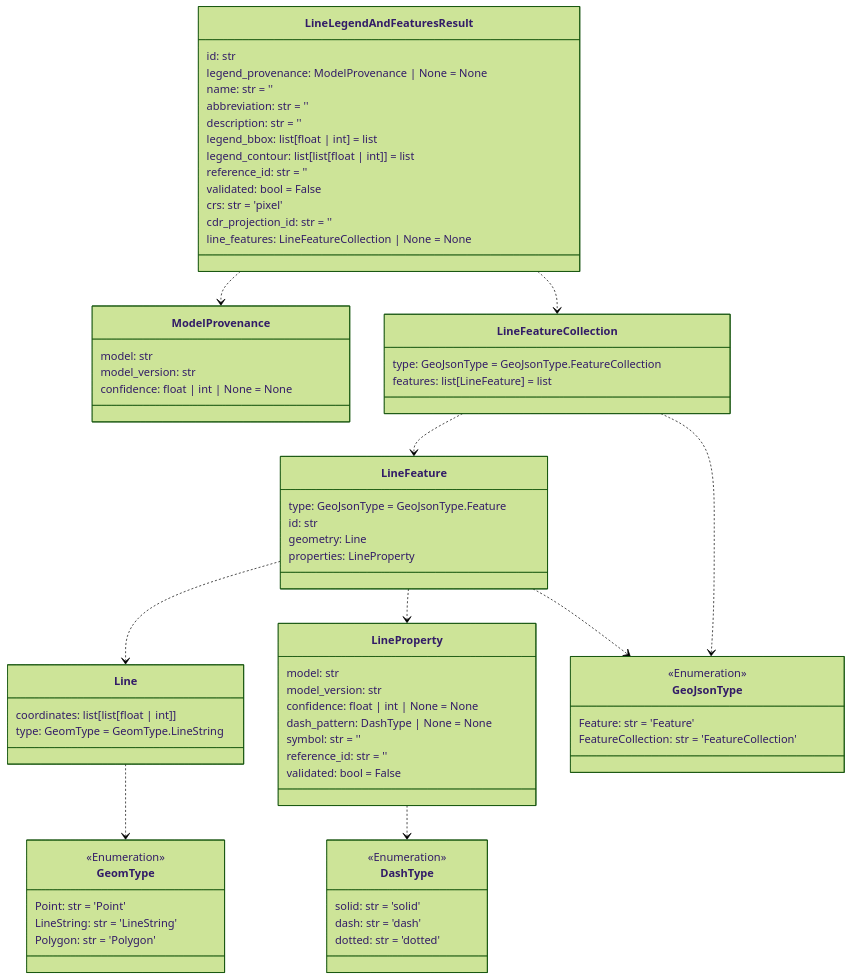
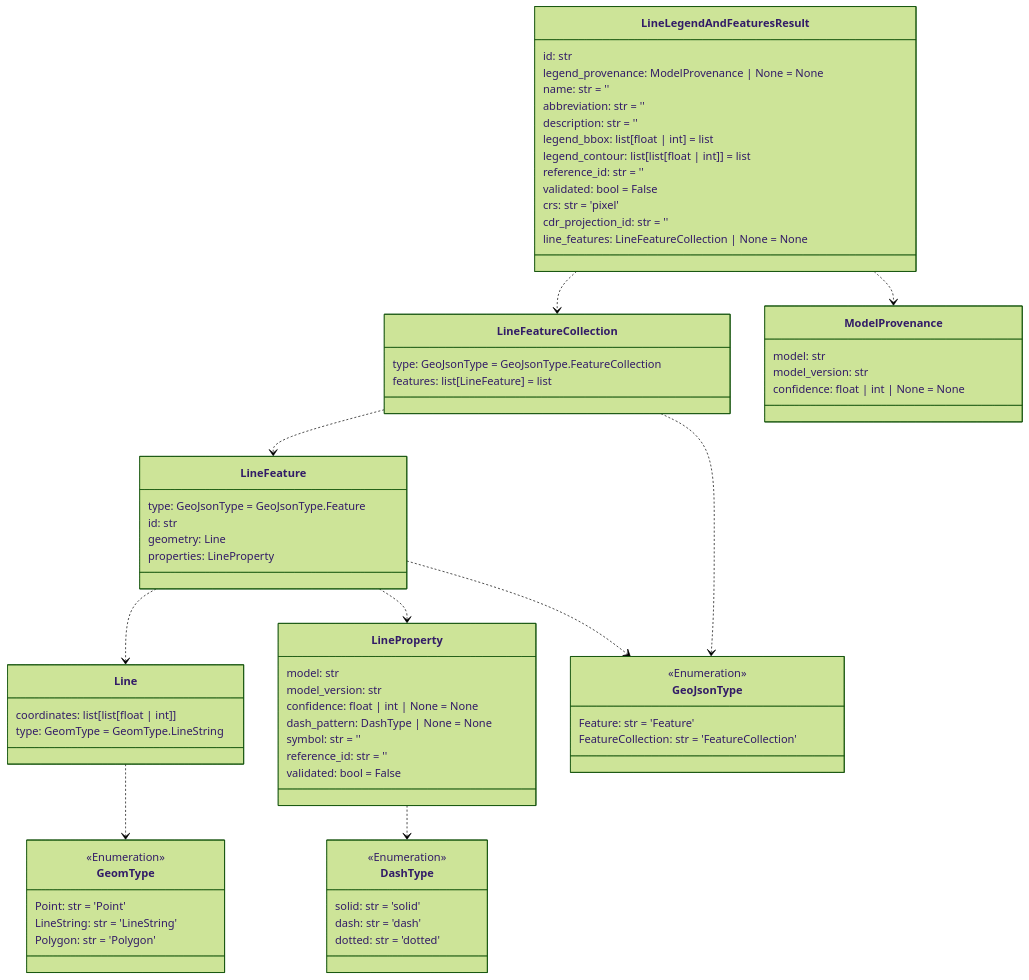
The sixth of 14 diagrams in README.md (DARPA-CRITICALMAAS/cdr_schemas), drawn with Mermaid (forest theme) before and after one commit. The commit also changed other lines of this file and 4 other files, not shown here.

````diff
--- a/README.md
+++ b/README.md
@@ -450,83 +452,83 @@
 ```mermaid
 classDiagram
-
-    class ModelProvenance {
-        model: str
-        model_version: str
-        confidence: float | int | None = None
-    }
-
-    class LineLegendAndFeaturesResult {
-        id: str
-        legend_provenance: ModelProvenance | None = None
-        name: str = ''
-        abbreviation: str = ''
-        description: str = ''
-        legend_bbox: list[float | int] = list
-        legend_contour: list[list[float | int]] = list
-        reference_id: str = ''
-        validated: bool = False
-        crs: str = 'pixel'
-        cdr_projection_id: str = ''
-        line_features: LineFeatureCollection | None = None
-    }
-
-    class LineFeatureCollection {
-        type: GeoJsonType = GeoJsonType.FeatureCollection
-        features: list[LineFeature] = list
-    }
-
-    class DashType {
-        <<Enumeration>>
-        solid: str = 'solid'
-        dash: str = 'dash'
-        dotted: str = 'dotted'
-    }
 
     class LineFeature {
         type: GeoJsonType = GeoJsonType.Feature
         id: str
         geometry: Line
         properties: LineProperty
     }
 
     class Line {
         coordinates: list[list[float | int]]
         type: GeomType = GeomType.LineString
     }
 
     class GeomType {
         <<Enumeration>>
         Point: str = 'Point'
         LineString: str = 'LineString'
         Polygon: str = 'Polygon'
     }
 
+    class DashType {
+        <<Enumeration>>
+        solid: str = 'solid'
+        dash: str = 'dash'
+        dotted: str = 'dotted'
+    }
+
+    class GeoJsonType {
+        <<Enumeration>>
+        Feature: str = 'Feature'
+        FeatureCollection: str = 'FeatureCollection'
+    }
+
+    class LineFeatureCollection {
+        type: GeoJsonType = GeoJsonType.FeatureCollection
+        features: list[LineFeature] = list
+    }
+
+    class LineLegendAndFeaturesResult {
+        id: str
+        legend_provenance: ModelProvenance | None = None
+        name: str = ''
+        abbreviation: str = ''
+        description: str = ''
+        legend_bbox: list[float | int] = list
+        legend_contour: list[list[float | int]] = list
+        reference_id: str = ''
+        validated: bool = False
+        crs: str = 'pixel'
+        cdr_projection_id: str = ''
+        line_features: LineFeatureCollection | None = None
+    }
+
+    class ModelProvenance {
+        model: str
+        model_version: str
+        confidence: float | int | None = None
+    }
+
     class LineProperty {
         model: str
         model_version: str
         confidence: float | int | None = None
         dash_pattern: DashType | None = None
         symbol: str = ''
         reference_id: str = ''
         validated: bool = False
     }
 
-    class GeoJsonType {
-        <<Enumeration>>
-        Feature: str = 'Feature'
-        FeatureCollection: str = 'FeatureCollection'
-    }
-
     Line ..> GeomType
     LineProperty ..> DashType
     LineFeature ..> Line
     LineFeature ..> LineProperty
     LineFeature ..> GeoJsonType
     LineFeatureCollection ..> LineFeature
     LineFeatureCollection ..> GeoJsonType
+    LineLegendAndFeaturesResult ..> LineFeatureCollection
     LineLegendAndFeaturesResult ..> ModelProvenance
-    LineLegendAndFeaturesResult ..> LineFeatureCollection
 
 
 ```
````
